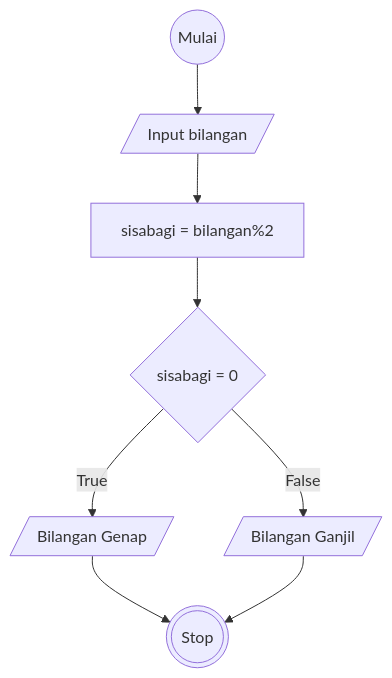
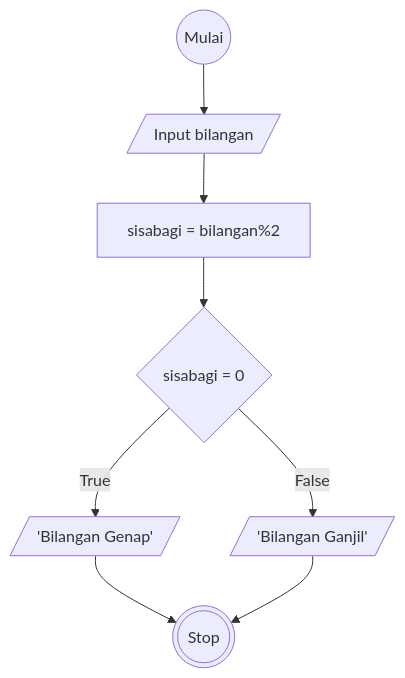
One commit to MuhamadRafliShidiq/koda-b8-algoritma changed the diagram in ganjil-genap.md. Above: the diagram before and after it, drawn with Mermaid.

````diff
--- a/ganjil-genap.md
+++ b/ganjil-genap.md
@@ -18,23 +18,23 @@
 ```mermaid
 
     flowchart TD
 
     a@{ shape: circle, label: "Mulai" }
     b@{ shape: lean-r, label: "Input bilangan" }
     c@{ shape: rect, label: "sisabagi = bilangan%2" }
     d@{ shape: diamond, label: "sisabagi = 0 " }
-    e@{ shape: lean-r, label: "Bilangan Genap" }
-    f@{ shape: lean-r, label: "Bilangan Ganjil" }
+    e@{ shape: lean-r, label: "'Bilangan Genap'" }
+    f@{ shape: lean-r, label: "'Bilangan Ganjil'" }
     g@{ shape: dbl-circ, label: "Stop" }
 
     a --> b
     b --> c
     c --> d
     d --True--> e
     d --False--> f
     e --> g
     f --> g
 
 
 
 ```
````
